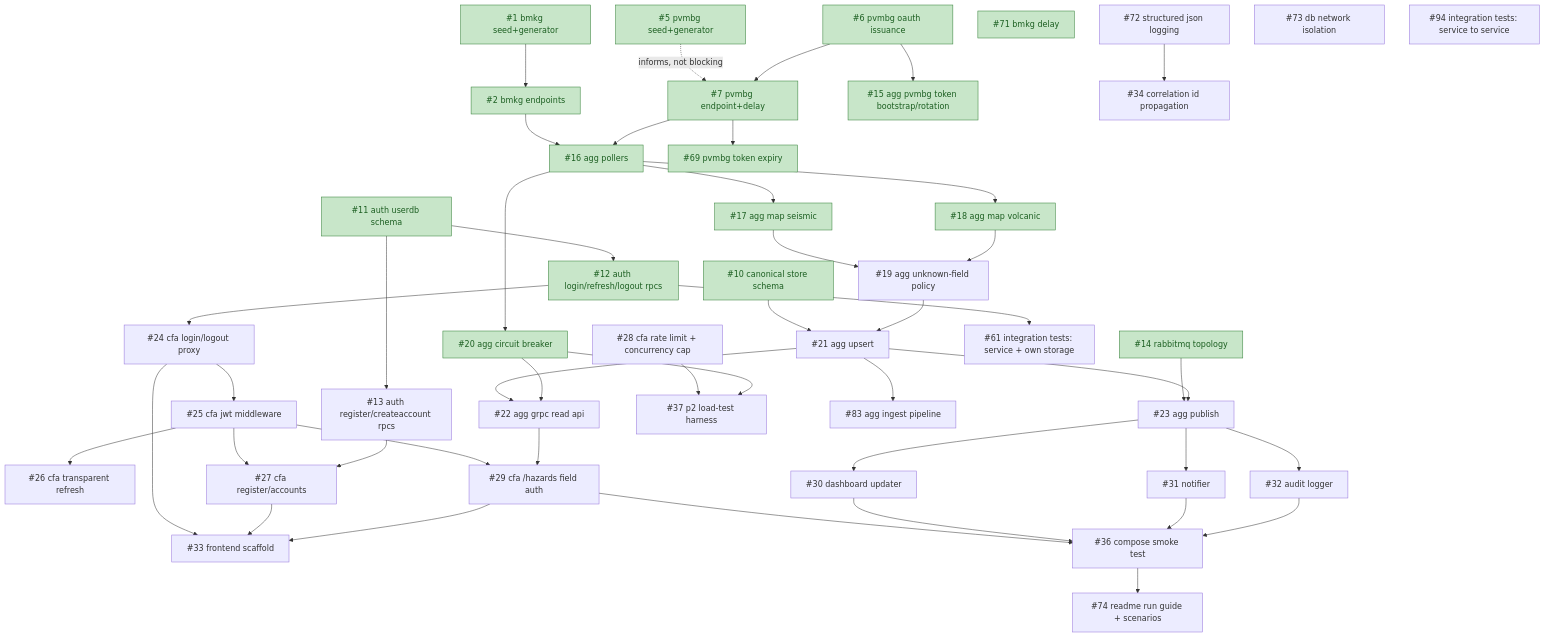
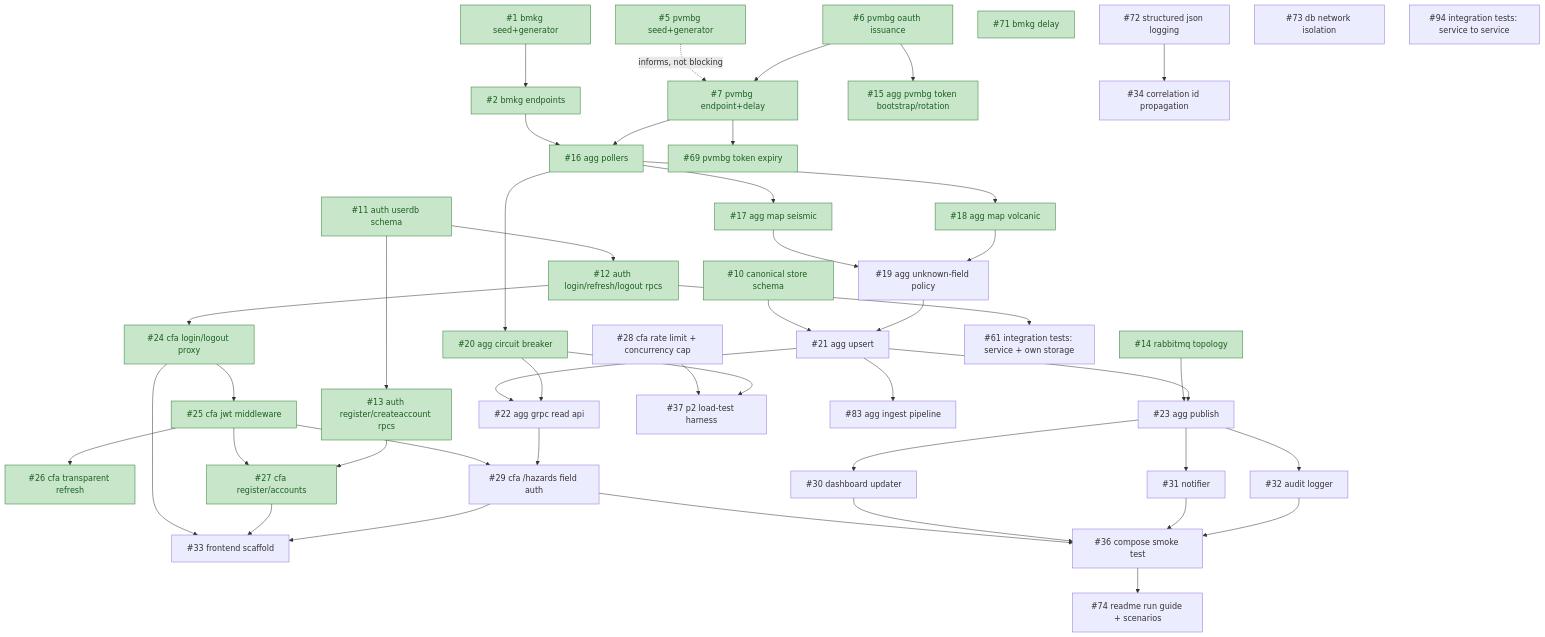
The diagram in doc/BACKLOG_DEPENDENCIES.md (brii26/distributed-hazard-coordination), drawn with Mermaid before and after one commit. The commit also changed other lines of this file and 12 other files, not shown here.

````diff
--- a/doc/BACKLOG_DEPENDENCIES.md
+++ b/doc/BACKLOG_DEPENDENCIES.md
@@ -25,63 +23,63 @@
 ```mermaid
 graph TD
   1["#1 bmkg seed+generator"] --> 2["#2 bmkg endpoints"]
   5["#5 pvmbg seed+generator"] -.->|informs, not blocking| 7
 
   6["#6 pvmbg oauth issuance"] --> 15["#15 agg pvmbg token bootstrap/rotation"]
   6 --> 7["#7 pvmbg endpoint+delay"]
   7 --> 69["#69 pvmbg token expiry"]
 
   2 --> 16["#16 agg pollers"]
   7 --> 16
   16 --> 17["#17 agg map seismic"]
   16 --> 18["#18 agg map volcanic"]
   16 --> 20["#20 agg circuit breaker"]
   17 --> 19["#19 agg unknown-field policy"]
   18 --> 19
 
   10["#10 canonical store schema"] --> 21["#21 agg upsert"]
   19 --> 21
   21 --> 22["#22 agg grpc read api"]
   20 --> 22
 
   14["#14 rabbitmq topology"] --> 23["#23 agg publish"]
   21 --> 23
   21 --> 83["#83 agg ingest pipeline"]
 
   11["#11 auth userdb schema"] --> 12["#12 auth login/refresh/logout rpcs"]
   11 --> 13["#13 auth register/createaccount rpcs"]
 
   12 --> 24["#24 cfa login/logout proxy"]
   12 --> 61["#61 integration tests: service + own storage"]
   24 --> 25["#25 cfa jwt middleware"]
   25 --> 26["#26 cfa transparent refresh"]
   25 --> 27["#27 cfa register/accounts"]
   13 --> 27
   25 --> 29["#29 cfa /hazards field auth"]
   22 --> 29
 
   23 --> 30["#30 dashboard updater"]
   23 --> 31["#31 notifier"]
   23 --> 32["#32 audit logger"]
 
   24 --> 33["#33 frontend scaffold"]
   27 --> 33
   29 --> 33
 
   29 --> 36["#36 compose smoke test"]
   30 --> 36
   31 --> 36
   32 --> 36
 
   28["#28 cfa rate limit + concurrency cap"] --> 37["#37 p2 load-test harness"]
   20 --> 37
 
   72["#72 structured json logging"] --> 34["#34 correlation id propagation"]
   36 --> 74["#74 readme run guide + scenarios"]
   71["#71 bmkg delay"]
   73["#73 db network isolation"]
   94["#94 integration tests: service to service"]
 
   classDef done fill:#c8e6c9,stroke:#2e7d32,color:#1b5e20
-  class 1,2,5,6,7,10,11,12,14,15,16,17,18,20,69,71 done
+  class 1,2,5,6,7,10,11,12,13,14,15,16,17,18,20,24,25,26,27,69,71 done
 ```
````
